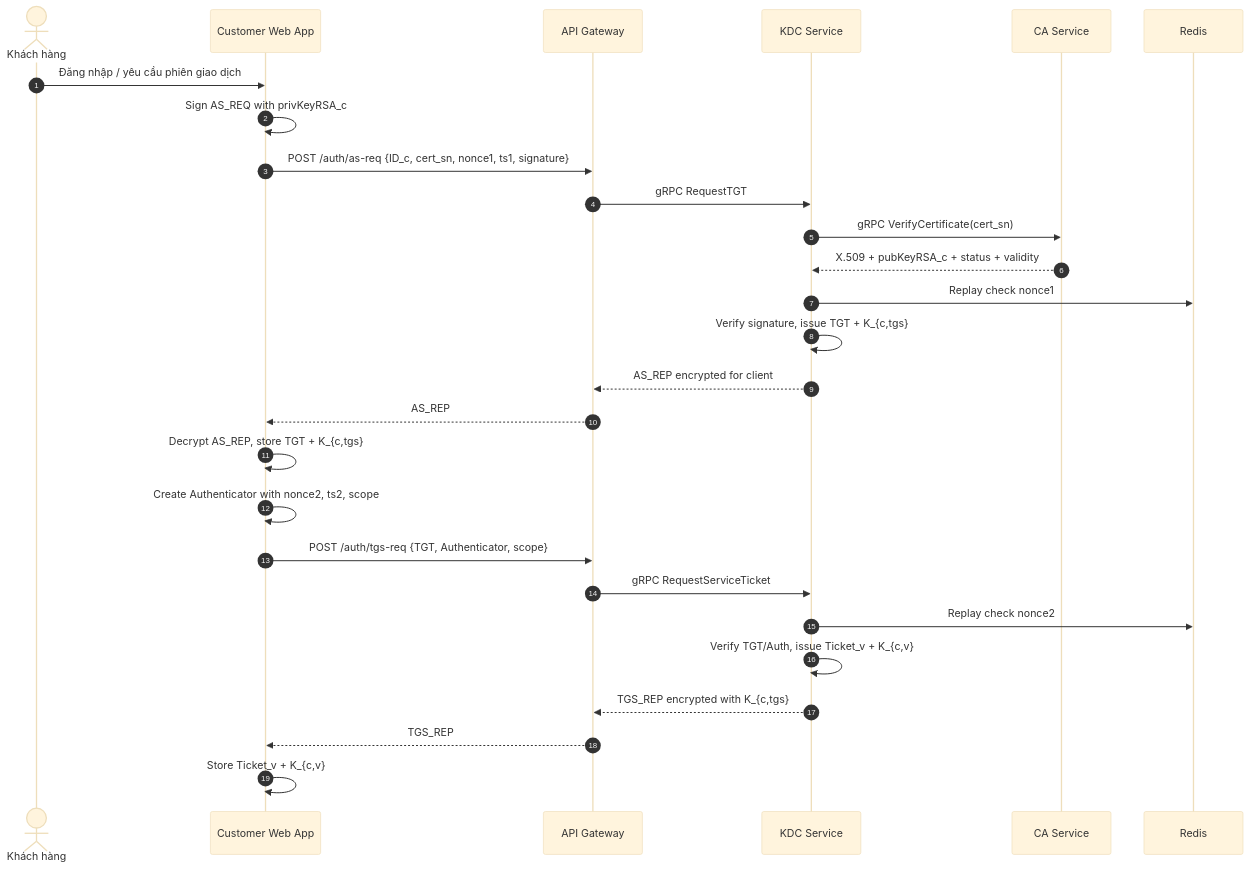
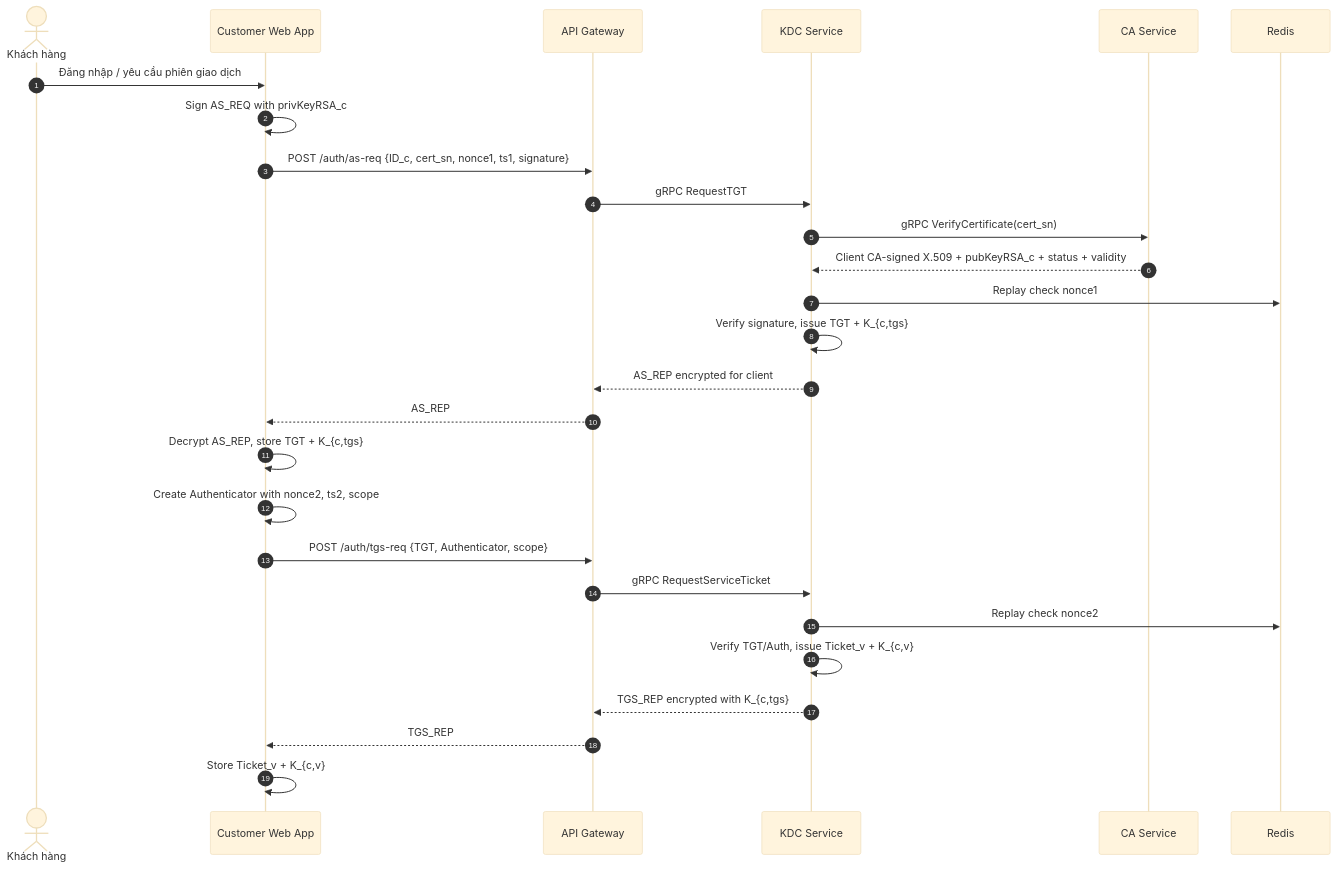
Before and after one commit to TNTT2305hcmus/mini-banking-app: the fourth of 6 diagrams in blueprint/design.md, drawn with Mermaid (base theme). The commit also changed other lines of this file and 38 other files, not shown here.

````diff
--- a/blueprint/design.md
+++ b/blueprint/design.md
@@ -411,31 +463,31 @@
 ```mermaid
 sequenceDiagram
     autonumber
     actor C as Khách hàng
     participant Web as Customer Web App
     participant G as API Gateway
     participant KDC as KDC Service
     participant CA as CA Service
     participant R as Redis
 
     C->>Web: Đăng nhập / yêu cầu phiên giao dịch
     Web->>Web: Sign AS_REQ with privKeyRSA_c
     Web->>G: POST /auth/as-req {ID_c, cert_sn, nonce1, ts1, signature}
     G->>KDC: gRPC RequestTGT
     KDC->>CA: gRPC VerifyCertificate(cert_sn)
-    CA-->>KDC: X.509 + pubKeyRSA_c + status + validity
+    CA-->>KDC: Client CA-signed X.509 + pubKeyRSA_c + status + validity
     KDC->>R: Replay check nonce1
     KDC->>KDC: Verify signature, issue TGT + K_{c,tgs}
     KDC-->>G: AS_REP encrypted for client
     G-->>Web: AS_REP
     Web->>Web: Decrypt AS_REP, store TGT + K_{c,tgs}
 
     Web->>Web: Create Authenticator with nonce2, ts2, scope
     Web->>G: POST /auth/tgs-req {TGT, Authenticator, scope}
     G->>KDC: gRPC RequestServiceTicket
     KDC->>R: Replay check nonce2
     KDC->>KDC: Verify TGT/Auth, issue Ticket_v + K_{c,v}
     KDC-->>G: TGS_REP encrypted with K_{c,tgs}
     G-->>Web: TGS_REP
     Web->>Web: Store Ticket_v + K_{c,v}
 ```
````
